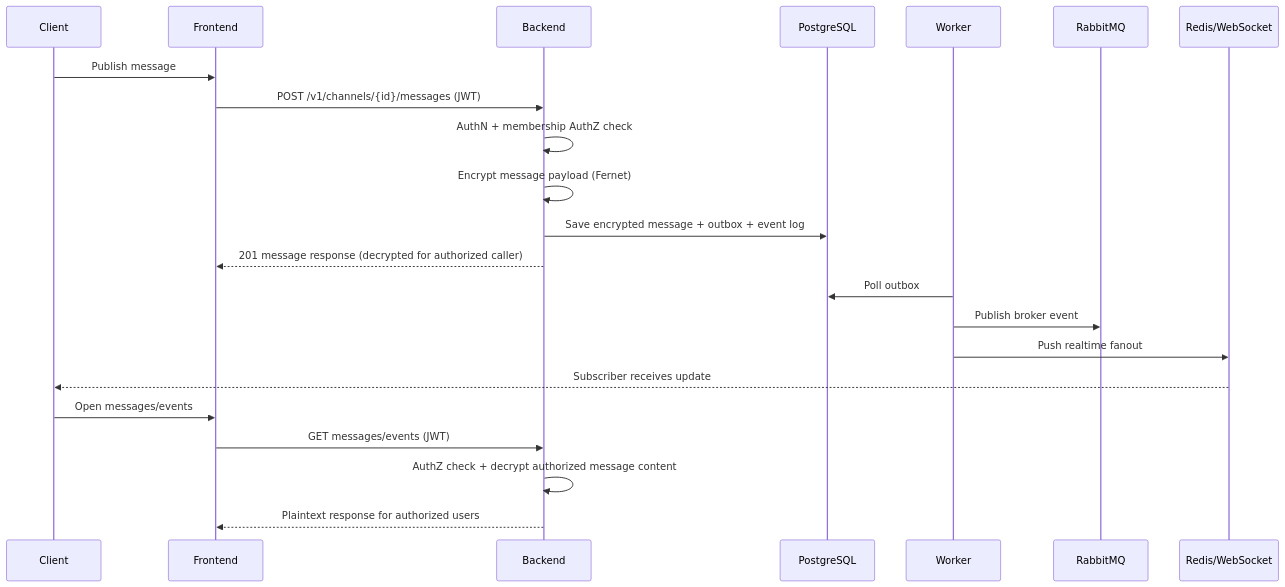
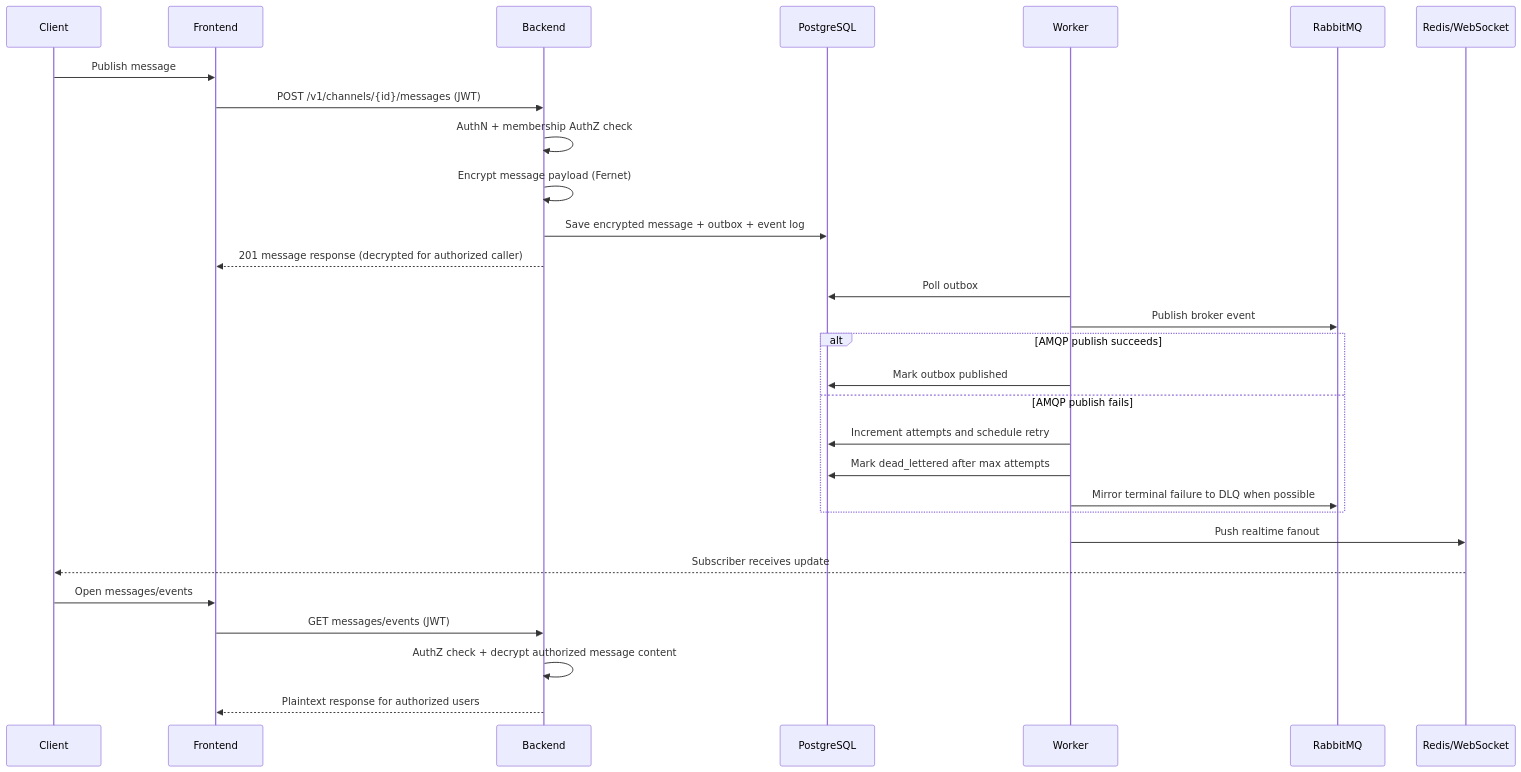
The second of 2 diagrams in docs/ARCHITECTURE.md (abdojat/MessagingSystem), drawn with Mermaid before and after one commit. The commit also changed other lines of this file and 30 other files, not shown here.

````diff
--- a/docs/ARCHITECTURE.md
+++ b/docs/ARCHITECTURE.md
@@ -38,27 +42,34 @@
 ```mermaid
 sequenceDiagram
   participant C as Client
   participant FE as Frontend
   participant BE as Backend
   participant PG as PostgreSQL
   participant WK as Worker
   participant MQ as RabbitMQ
   participant R as Redis/WebSocket
 
   C->>FE: Publish message
   FE->>BE: POST /v1/channels/{id}/messages (JWT)
   BE->>BE: AuthN + membership AuthZ check
   BE->>BE: Encrypt message payload (Fernet)
   BE->>PG: Save encrypted message + outbox + event log
   BE-->>FE: 201 message response (decrypted for authorized caller)
 
   WK->>PG: Poll outbox
   WK->>MQ: Publish broker event
+  alt AMQP publish succeeds
+    WK->>PG: Mark outbox published
+  else AMQP publish fails
+    WK->>PG: Increment attempts and schedule retry
+    WK->>PG: Mark dead_lettered after max attempts
+    WK->>MQ: Mirror terminal failure to DLQ when possible
+  end
   WK->>R: Push realtime fanout
   R-->>C: Subscriber receives update
 
   C->>FE: Open messages/events
   FE->>BE: GET messages/events (JWT)
   BE->>BE: AuthZ check + decrypt authorized message content
   BE-->>FE: Plaintext response for authorized users
 ```
````
